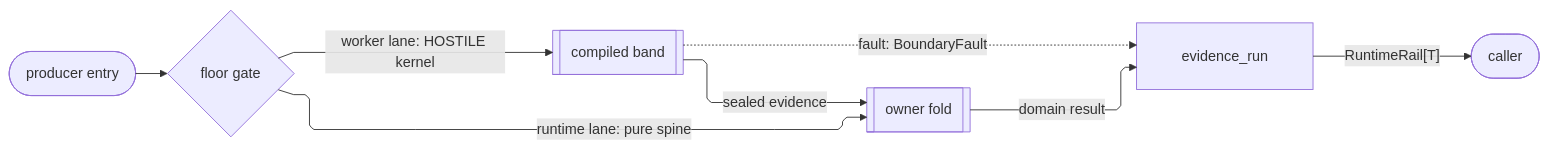
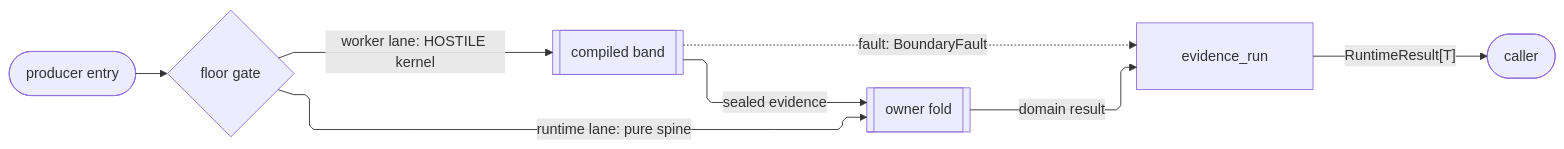
Before and after one commit to bsamiee/Rasm: the fourth of 4 diagrams in libs/python/geometry/ARCHITECTURE.md, drawn with Mermaid. The commit also changed other lines of this file and 1997 other files, not shown here.

First line of the commit message:
docs: rename rail to result and seam to boundary across the corpus

````diff
--- a/libs/python/geometry/ARCHITECTURE.md
+++ b/libs/python/geometry/ARCHITECTURE.md
@@ -184,19 +184,19 @@
 ```mermaid
 ---
 config:
   layout: elk
   flowchart:
     curve: linear
     padding: 25
 ---
 flowchart LR
     accTitle: Geometry producer interior spine
     accDescr: Which lane carries a producer body and how its result returns through runtime observation.
     Intake([producer entry]) e1@--> Floor{floor gate}
     Floor e2@-->|"runtime lane: pure spine"| Fold[[owner fold]]
     Floor e3@-->|"worker lane: HOSTILE kernel"| Kernel[[compiled band]]
     Kernel e4@-->|"sealed evidence"| Fold
     Fold e5@-->|"domain result"| Weave[evidence_run]
-    Weave e6@-->|"RuntimeRail[T]"| Out([caller])
+    Weave e6@-->|"RuntimeResult[T]"| Out([caller])
     Kernel f1@-.->|"fault: BoundaryFault"| Weave
 ```
````
